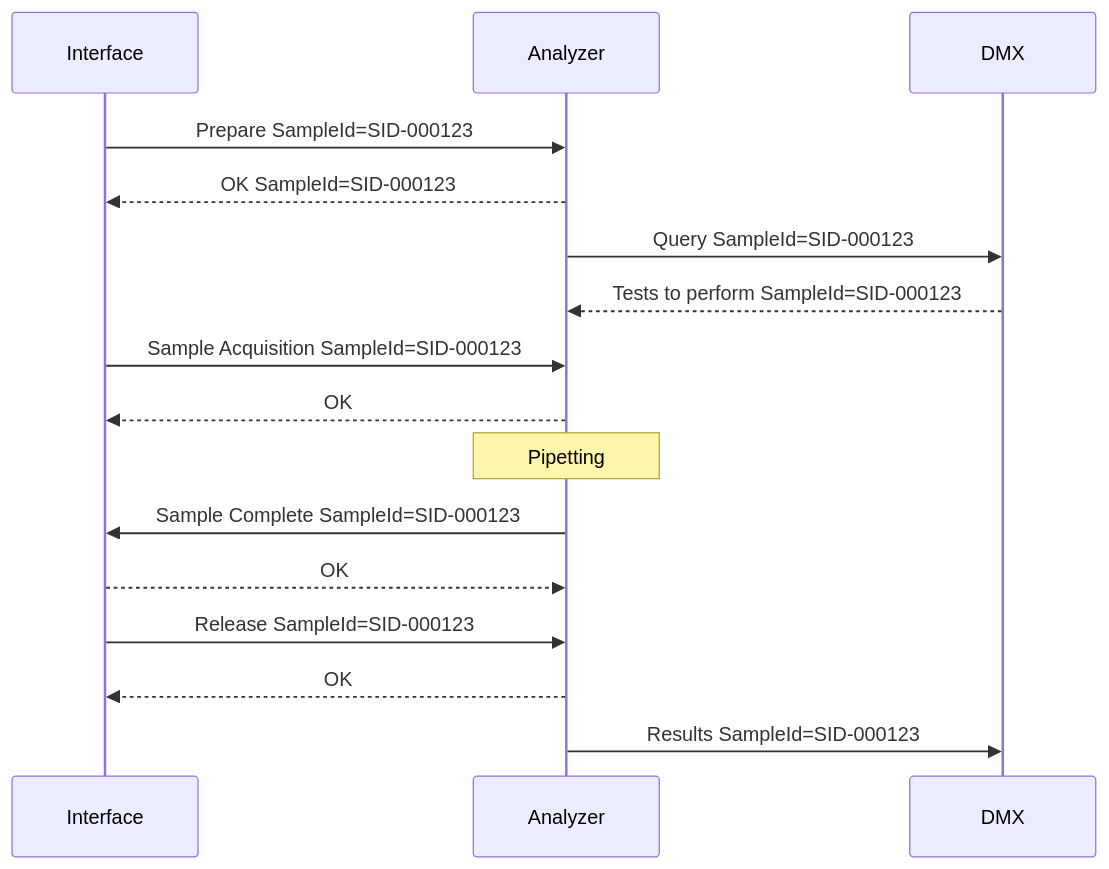
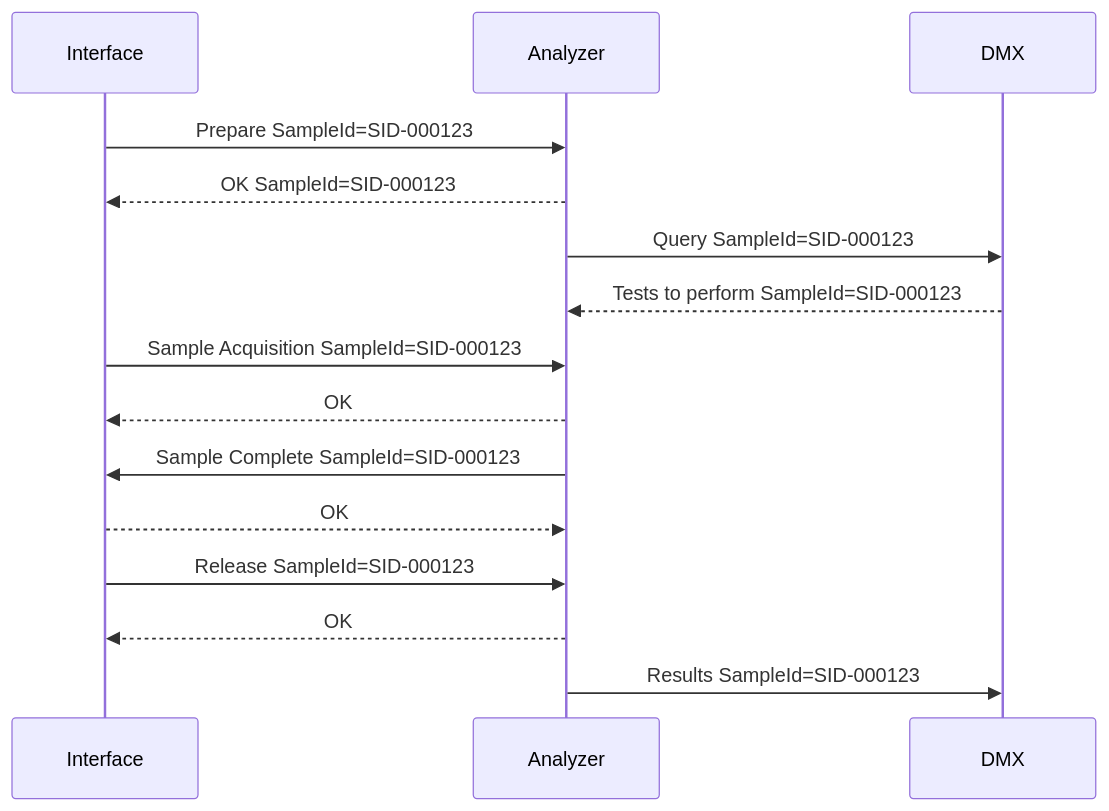
The diagram in scenes/17_mermaid_spur_happy_path.mmd (specialk74/trackviz), drawn with Mermaid before and after one commit. The commit also changed 5 other files, not shown here.

Commit message:
Only Mermaid

```diff
--- a/scenes/17_mermaid_spur_happy_path.mmd
+++ b/scenes/17_mermaid_spur_happy_path.mmd
@@ -1,32 +1,46 @@
 %% # Scene 17, written in Mermaid: trackviz scenes/17_mermaid_spur_happy_path.mmd
 %% # The %% comments describe the physical side and don't appear in the diagram.
-%% # A step starts when the previous one ends, unless a timing directive (when, with,
-%% # at, after_start, after_end, delay) comes before it.
+%% # A keyword before a message (Prepare 1, OK, Query, Tests, Sample Acquisition,
+%% # Sample Complete, Release, Results) sends it at its moment, with the text written
+%% # here. Other steps start when the previous one ends, unless when, with or delay
+%% # comes before them.
 %% include common/spur_one_carrier.mmd
 %% subtitle Spur — happy path, written in Mermaid
 sequenceDiagram
     participant IF as Interface
     participant AN as Analyzer
     participant DMX as DMX
 
     %% when C1 at nsd
     %% caption 2 · Diverted — Prepare | The carrier is diverted without stopping: Prepare.
     %% when C1 at nsd
+    %% highlight nsd duration=2
+    %% Prepare 1
     IF->>AN: Prepare SampleId=SID-000123
+    %% OK
     AN-->>IF: OK SampleId=SID-000123
+    %% Query
     AN->>DMX: Query SampleId=SID-000123
+    %% Tests
     DMX-->>AN: Tests to perform SampleId=SID-000123
+
     %% when C1 at sampling
     %% caption 3 · Sample Acquisition | The carrier stops at the sampling point.
-    %% when C1 at sampling
+    %% Sample Acquisition
     IF->>AN: Sample Acquisition SampleId=SID-000123
+    %% OK
     AN-->>IF: OK
     %% pipette sp duration=4
-    Note over AN: Pipetting
+    %% Sample Complete
     AN->>IF: Sample Complete SampleId=SID-000123
+    %% OK
     IF-->>AN: OK
+
+    %% move C1 to iface_out ease=in
     %% caption 4 · Release | The carrier leaves the module: Release.
-    %% move C1 to iface_out ease=in
+    %% Release
     IF->>AN: Release SampleId=SID-000123
+    %% OK
     AN-->>IF: OK
+    %% Results
     AN->>DMX: Results SampleId=SID-000123
```
